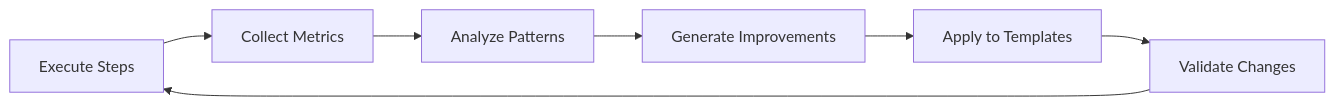
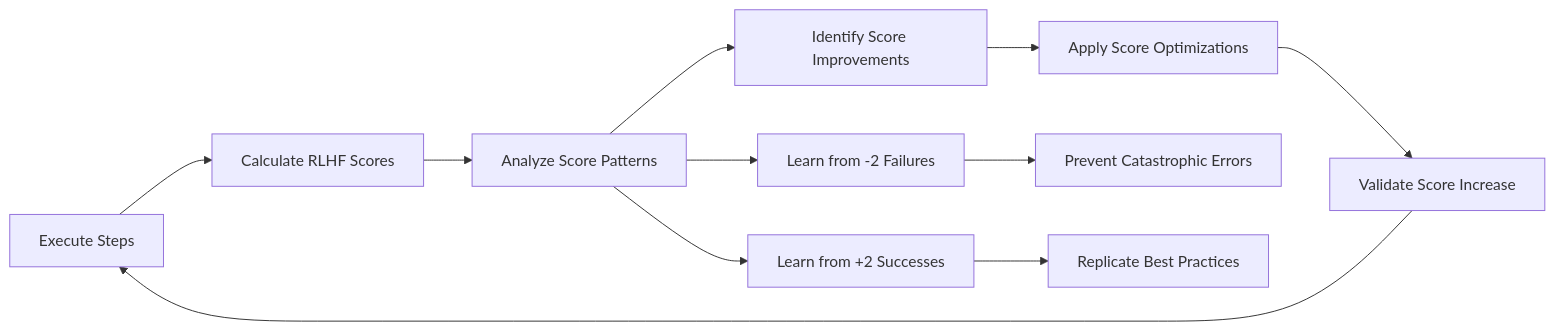
The diagram in .claude/commands/apply-rlhf-learnings.md (thiagobutignon/spec-kit-clean-archicteture), drawn with Mermaid before and after one commit. The commit also changed other lines of this file, not shown here.

First line of the commit message:
feat: enhance apply-rlhf-learnings with score-based learning

````diff
--- a/.claude/commands/apply-rlhf-learnings.md
+++ b/.claude/commands/apply-rlhf-learnings.md
@@ -174,9 +249,15 @@
 ```mermaid
 graph LR
-    A[Execute Steps] --> B[Collect Metrics]
-    B --> C[Analyze Patterns]
-    C --> D[Generate Improvements]
-    D --> E[Apply to Templates]
-    E --> F[Validate Changes]
+    A[Execute Steps] --> B[Calculate RLHF Scores]
+    B --> C[Analyze Score Patterns]
+    C --> D[Identify Score Improvements]
+    D --> E[Apply Score Optimizations]
+    E --> F[Validate Score Increase]
     F --> A
+
+    C --> G[Learn from -2 Failures]
+    G --> H[Prevent Catastrophic Errors]
+
+    C --> I[Learn from +2 Successes]
+    I --> J[Replicate Best Practices]
 ```
````
